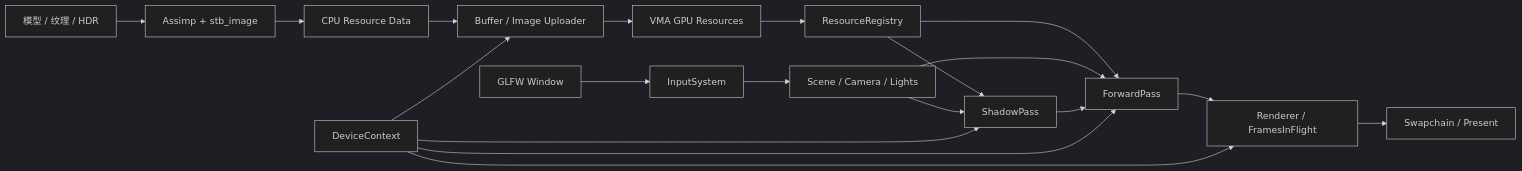
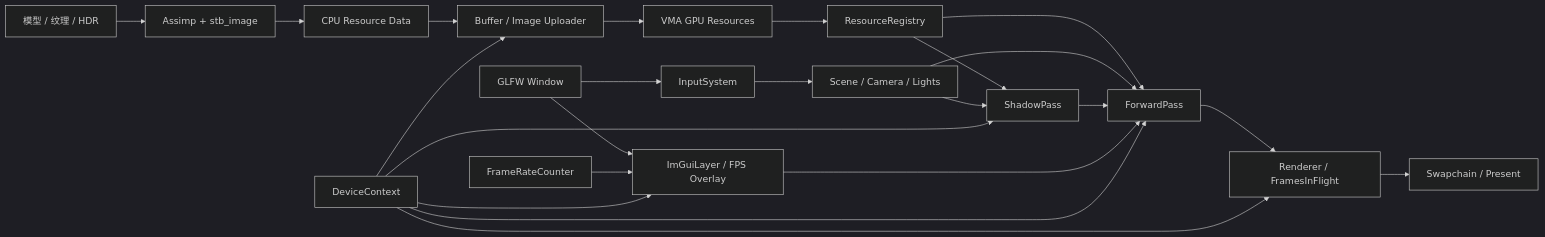
Before and after one commit to th1nk2r-git/th1nk2r_renderer: the diagram in README.md, drawn with Mermaid (dark theme). The commit also changed other lines of this file and 11 other files, not shown here.

Commit message:
Implemented the UI layer and FPS counter

````diff
--- a/README.md
+++ b/README.md
@@ -61,23 +72,27 @@
 ```mermaid
 flowchart LR
     Assets["模型 / 纹理 / HDR"] --> IO["Assimp + stb_image"]
     IO --> CPU["CPU Resource Data"]
     CPU --> Upload["Buffer / Image Uploader"]
     Upload --> GPU["VMA GPU Resources"]
     GPU --> Registry["ResourceRegistry"]
 
     Window["GLFW Window"] --> Input["InputSystem"]
     Input --> Scene["Scene / Camera / Lights"]
+    Window --> UI["ImGuiLayer / FPS Overlay"]
+    FPS["FrameRateCounter"] --> UI
     Registry --> Shadow["ShadowPass"]
     Scene --> Shadow
     Registry --> Forward["ForwardPass"]
     Scene --> Forward
     Shadow --> Forward
+    UI --> Forward
     Forward --> Renderer["Renderer / FramesInFlight"]
     Renderer --> Swapchain["Swapchain / Present"]
 
     Device["DeviceContext"] --> Upload
     Device --> Shadow
     Device --> Forward
+    Device --> UI
     Device --> Renderer
 ```
````
